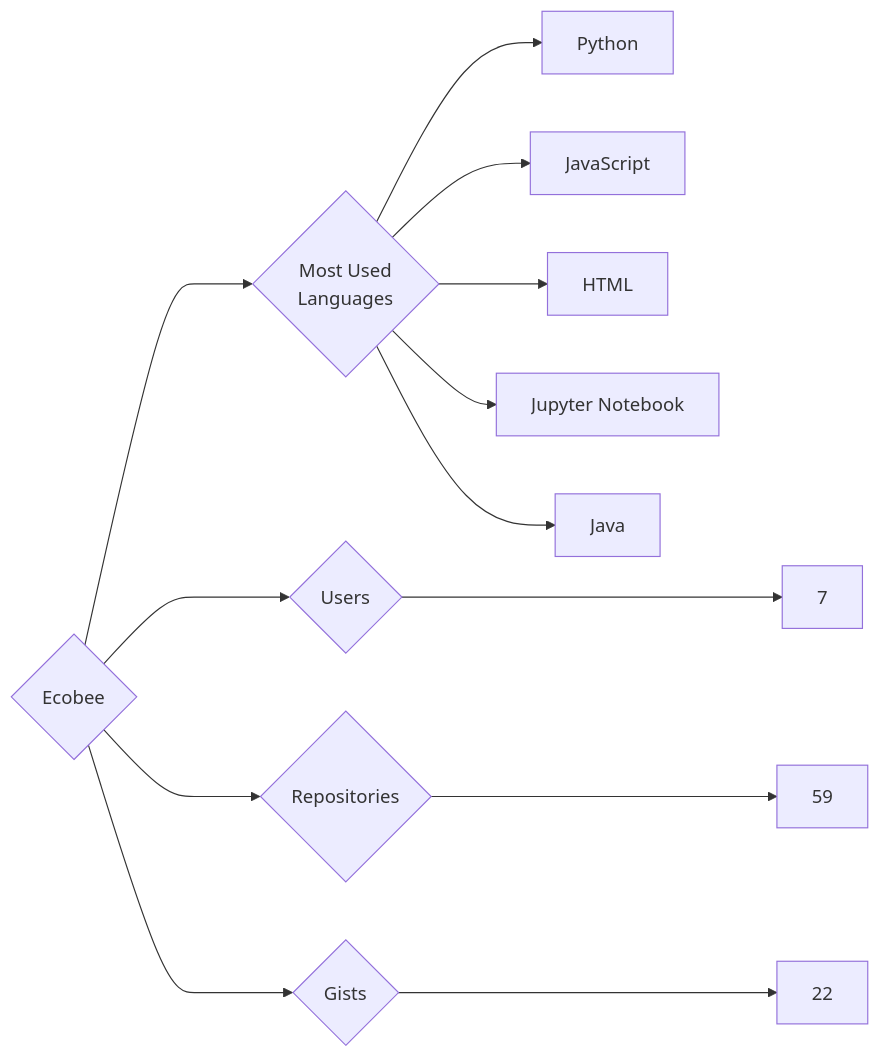
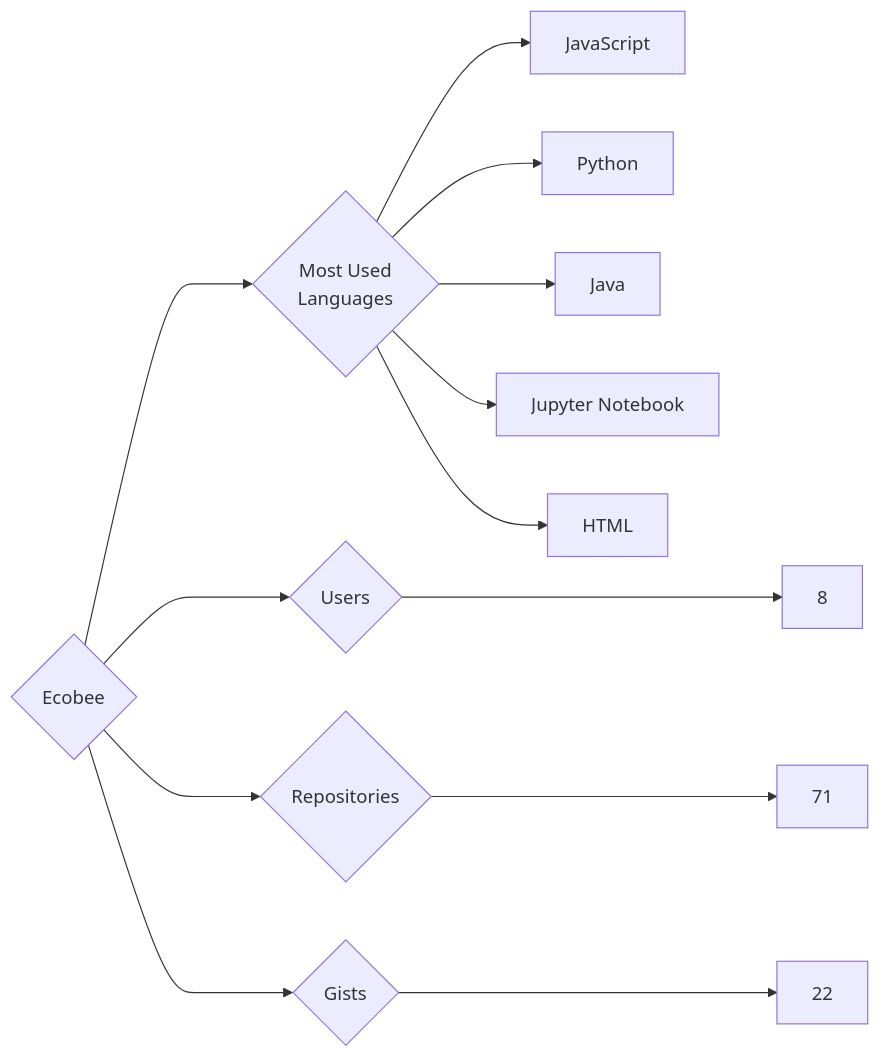
The diagram in targets/Ecobee/README.md (trickest/insiders), drawn with Mermaid before and after one commit. The commit also changed 1123 other files, not shown here.

````diff
--- a/targets/Ecobee/README.md
+++ b/targets/Ecobee/README.md
@@ -3,13 +3,13 @@
 ```mermaid
 graph LR
 COMPANY_NAME{Ecobee}
-COMPANY_NAME ---> U{Users} ---> UN[7]
-COMPANY_NAME ---> R{Repositories} ---> RN[59]
+COMPANY_NAME ---> U{Users} ---> UN[8]
+COMPANY_NAME ---> R{Repositories} ---> RN[71]
 COMPANY_NAME ---> G{Gists} ---> GN[22]
 COMPANY_NAME ---> ML{Most Used<br>Languages}
+ML --> JavaScript[JavaScript]
 ML --> Python[Python]
-ML --> JavaScript[JavaScript]
+ML --> Java[Java]
+ML --> Jupyter_Notebook[Jupyter Notebook]
 ML --> HTML[HTML]
-ML --> Jupyter_Notebook[Jupyter Notebook]
-ML --> Java[Java]
 ```
````
